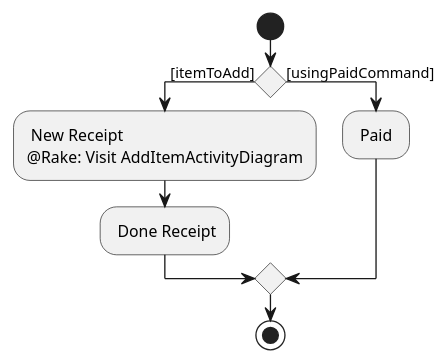
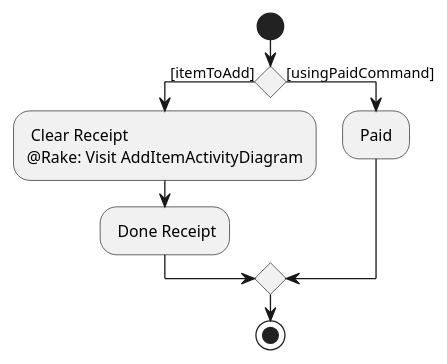
Before and after one commit to nus-cs2103-AY1920S2/addressbook-level3: the diagram in docs/diagrams/ExpenseSplitterActivityDiagramV2.puml, drawn with PlantUML. The commit also changed 1 other file, not shown here.

```diff
--- a/docs/diagrams/ExpenseSplitterActivityDiagramV2.puml
+++ b/docs/diagrams/ExpenseSplitterActivityDiagramV2.puml
@@ -1,13 +1,13 @@
 @startuml
 start
 
 if () then ([itemToAdd])
-    : New Receipt
+    : Clear Receipt
     @Rake: Visit AddItemActivityDiagram;
     : Done Receipt;
     else ([usingPaidCommand])
     : Paid ;
 endif
 
 stop
 @enduml
```
